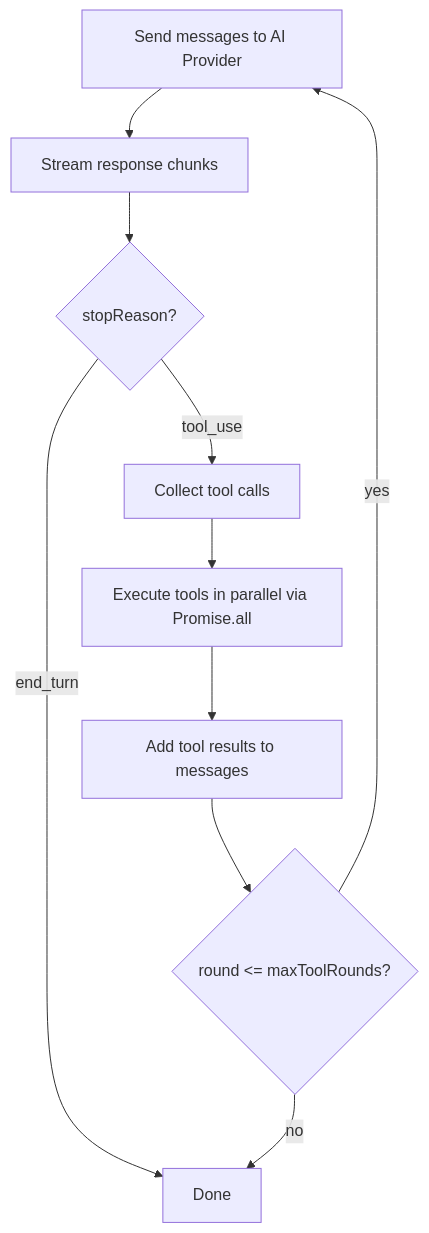
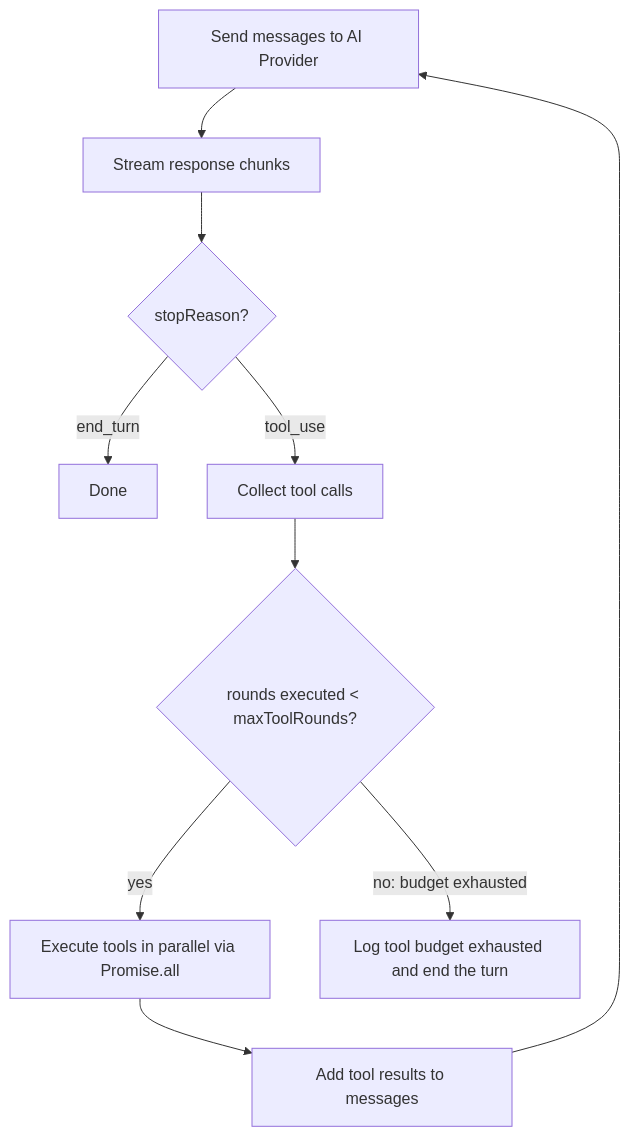
One commit to re-cinq/HALEngine changed the third of 3 diagrams in specs/hal-engine-architecture/spec.md. Above: the diagram before and after it, drawn with Mermaid. The commit also changed other lines of this file and 10 other files, not shown here.

First line of the commit message:
fix(orchestration): stop running an unread tool round

````diff
--- a/specs/hal-engine-architecture/spec.md
+++ b/specs/hal-engine-architecture/spec.md
@@ -306,12 +306,12 @@
 ```mermaid
 flowchart TD
     A[Send messages to AI Provider] --> B[Stream response chunks]
     B --> C{stopReason?}
     C -->|end_turn| D[Done]
     C -->|tool_use| E[Collect tool calls]
-    E --> F[Execute tools in parallel via Promise.all]
+    E --> H{rounds executed < maxToolRounds?}
+    H -->|yes| F[Execute tools in parallel via Promise.all]
+    H -->|no: budget exhausted| X[Log tool budget exhausted and end the turn]
     F --> G[Add tool results to messages]
-    G --> H{round <= maxToolRounds?}
-    H -->|yes| A
-    H -->|no| D
+    G --> A
 ```
````
